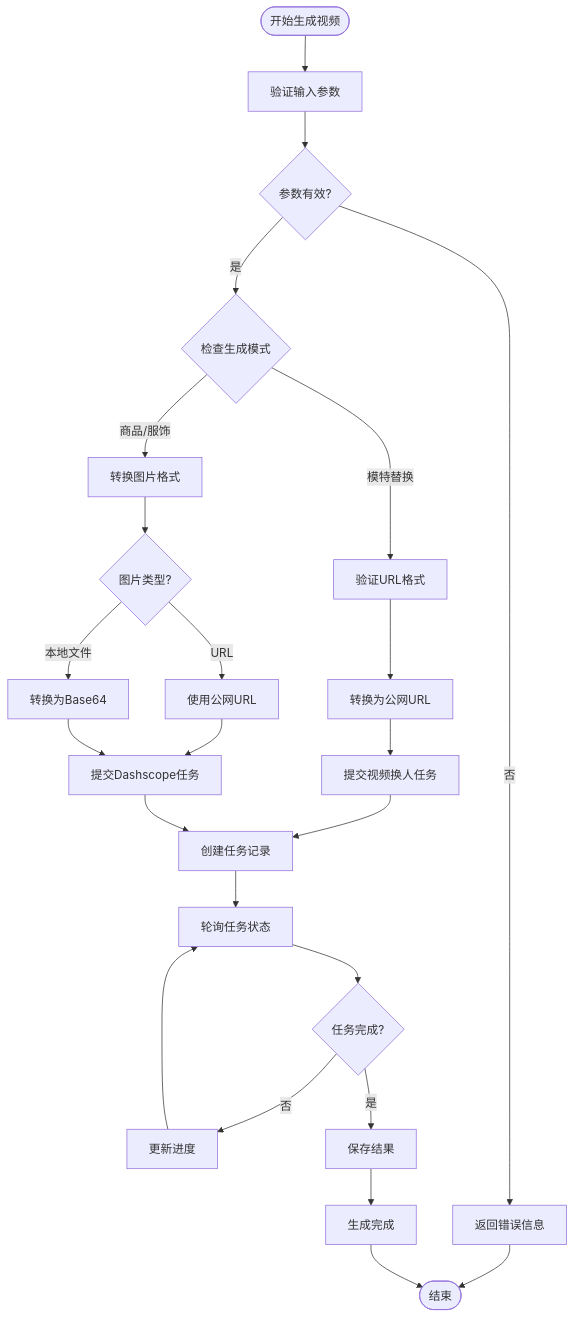
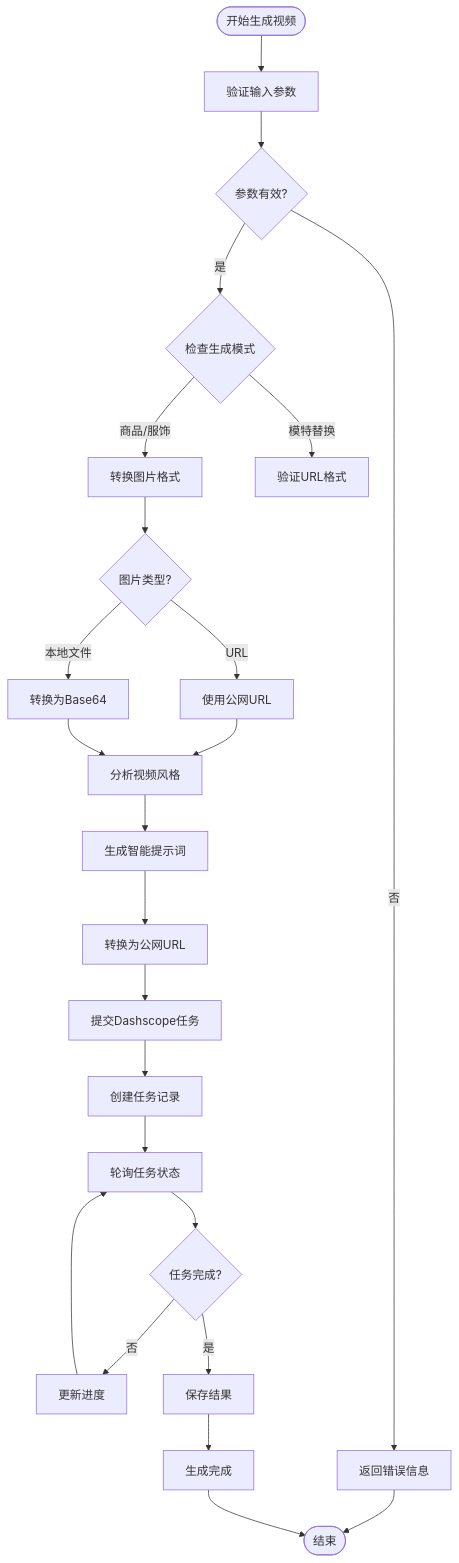
Before and after one commit to zuozuoliu740-cmd/xianxiong-news: the fifth of 8 diagrams in .qoder/repowiki/zh/content/Dashscope Integration.md, drawn with Mermaid. The commit also changed other lines of this file and 20 other files, not shown here.

````diff
--- a/.qoder/repowiki/zh/content/Dashscope Integration.md
+++ b/.qoder/repowiki/zh/content/Dashscope Integration.md
@@ -281,26 +347,26 @@
 ```mermaid
 flowchart TD
 Start([开始生成视频]) --> Validate[验证输入参数]
 Validate --> ValidInput{参数有效?}
 ValidInput --> |否| Error[返回错误信息]
 ValidInput --> |是| CheckMode{检查生成模式}
 CheckMode --> |商品/服饰| ConvertImage[转换图片格式]
 CheckMode --> |模特替换| ValidateUrls[验证URL格式]
 ConvertImage --> ImageType{图片类型?}
 ImageType --> |URL| UseURL[使用公网URL]
 ImageType --> |本地文件| ConvertBase64[转换为Base64]
-UseURL --> SubmitTask[提交Dashscope任务]
-ConvertBase64 --> SubmitTask
-ValidateUrls --> PublicUrls[转换为公网URL]
-PublicUrls --> SubmitSwapTask[提交视频换人任务]
-SubmitSwapTask --> CreateTask[创建任务记录]
-SubmitTask --> CreateTask
+UseURL --> AnalyzeStyle[分析视频风格]
+ConvertBase64 --> AnalyzeStyle
+AnalyzeStyle --> AnalyzePrompt[生成智能提示词]
+AnalyzePrompt --> PublicUrls[转换为公网URL]
+PublicUrls --> SubmitTask[提交Dashscope任务]
+SubmitTask --> CreateTask[创建任务记录]
 CreateTask --> PollStatus[轮询任务状态]
 PollStatus --> StatusCheck{任务完成?}
 StatusCheck --> |否| UpdateProgress[更新进度]
 StatusCheck --> |是| SaveResult[保存结果]
 UpdateProgress --> PollStatus
 SaveResult --> Complete[生成完成]
 Error --> End([结束])
 Complete --> End
 ```
````
